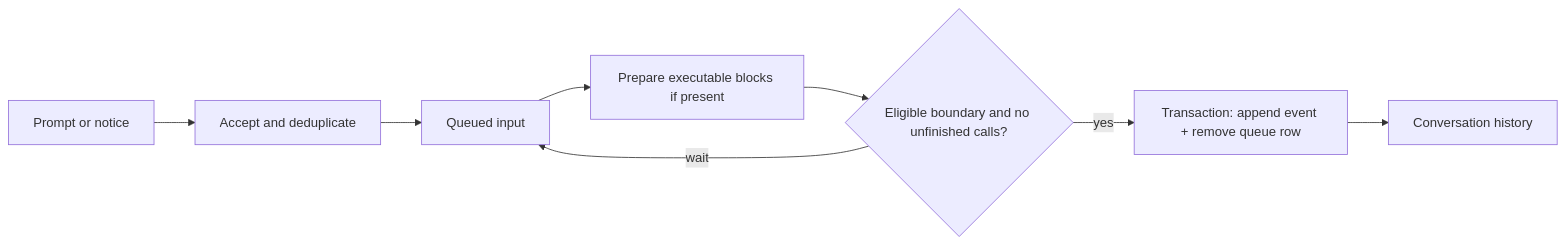
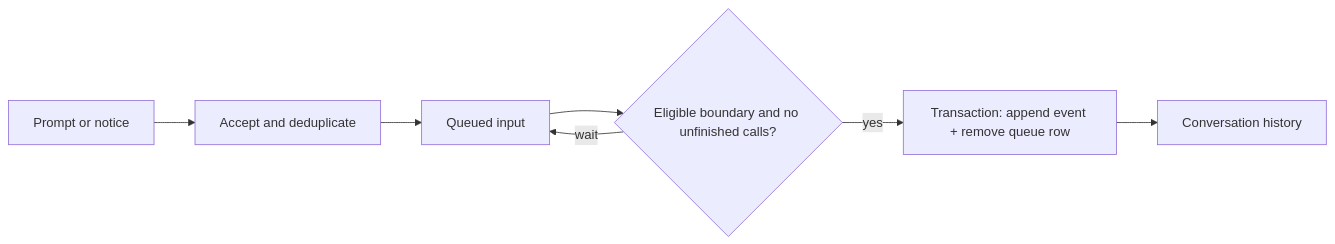
Before and after one commit to ThilinaTLM/nerve: the diagram in docs/architecture/conversation-core/input-queue.md, drawn with Mermaid. The commit also changed other lines of this file and 95 other files, not shown here.

````diff
--- a/docs/architecture/conversation-core/input-queue.md
+++ b/docs/architecture/conversation-core/input-queue.md
@@ -7,10 +7,9 @@
 ```mermaid
 flowchart LR
     I[Prompt or notice] --> A[Accept and deduplicate]
     A --> Q[Queued input]
-    Q --> P[Prepare executable blocks if present]
-    P --> B{Eligible boundary and no unfinished calls?}
+    Q --> B{Eligible boundary and no unfinished calls?}
     B -->|wait| Q
     B -->|yes| T[Transaction: append event + remove queue row]
     T --> H[Conversation history]
 ```
````
